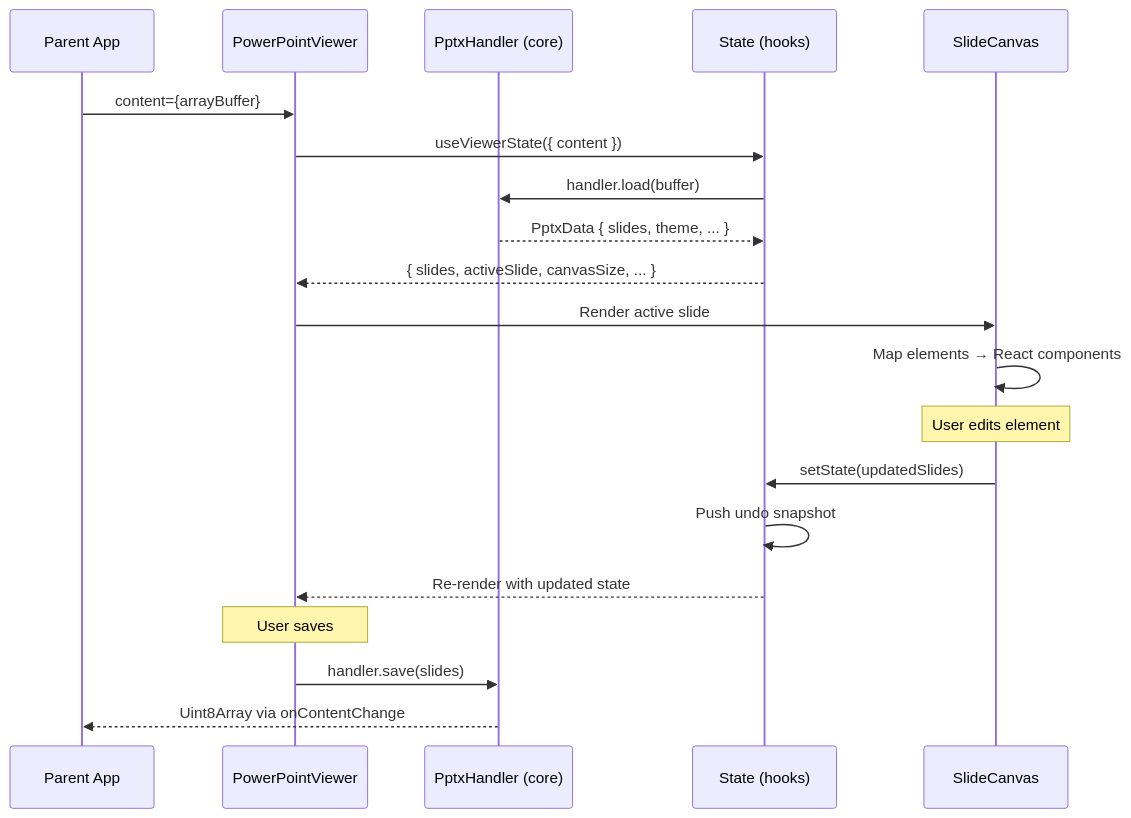
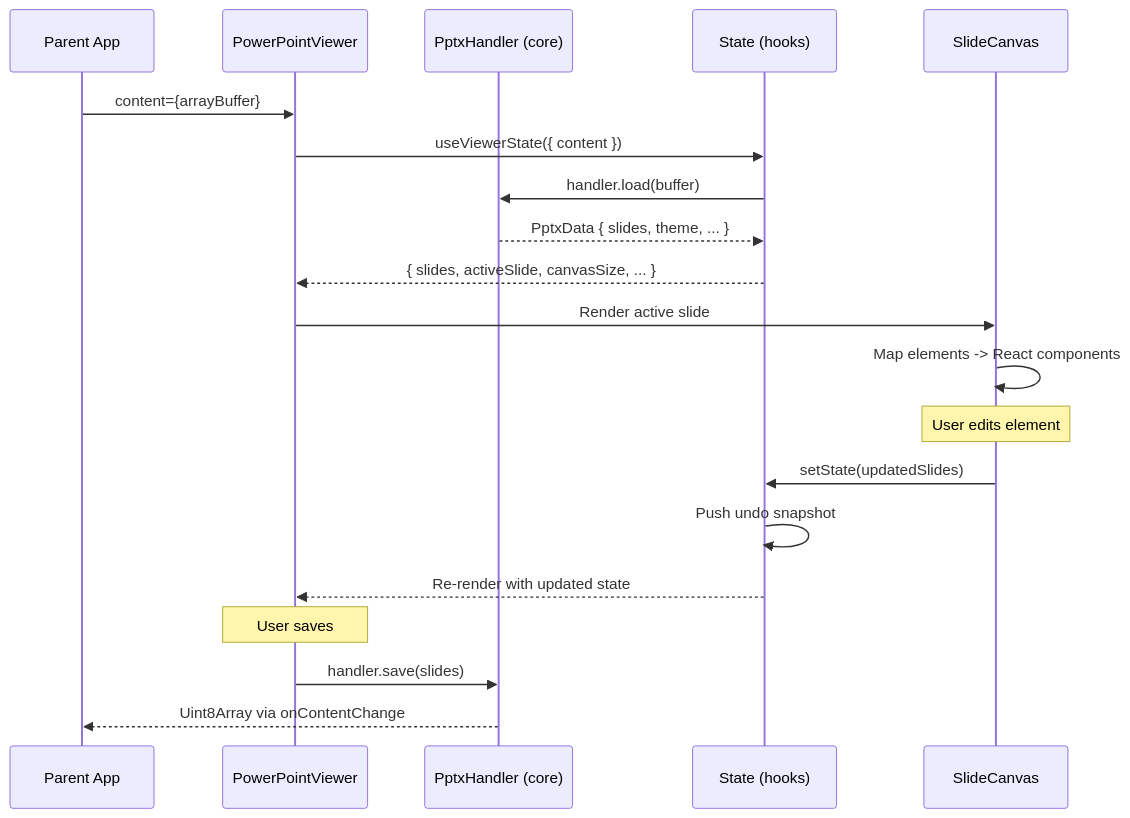
Before and after one commit to ChristopherVR/pptx-viewer: the third of 8 diagrams in packages/react/README.md, drawn with Mermaid. The commit also changed other lines of this file and 21 other files, not shown here.

````diff
--- a/packages/react/README.md
+++ b/packages/react/README.md
@@ -376,25 +391,25 @@
 ```mermaid
 sequenceDiagram
     participant P as Parent App
     participant V as PowerPointViewer
     participant H as PptxHandler (core)
     participant S as State (hooks)
     participant C as SlideCanvas
 
     P->>V: content={arrayBuffer}
     V->>S: useViewerState({ content })
     S->>H: handler.load(buffer)
     H-->>S: PptxData { slides, theme, ... }
     S-->>V: { slides, activeSlide, canvasSize, ... }
     V->>C: Render active slide
-    C->>C: Map elements → React components
+    C->>C: Map elements -> React components
 
     Note over C: User edits element
     C->>S: setState(updatedSlides)
     S->>S: Push undo snapshot
     S-->>V: Re-render with updated state
 
     Note over V: User saves
     V->>H: handler.save(slides)
     H-->>P: Uint8Array via onContentChange
 ```
````
